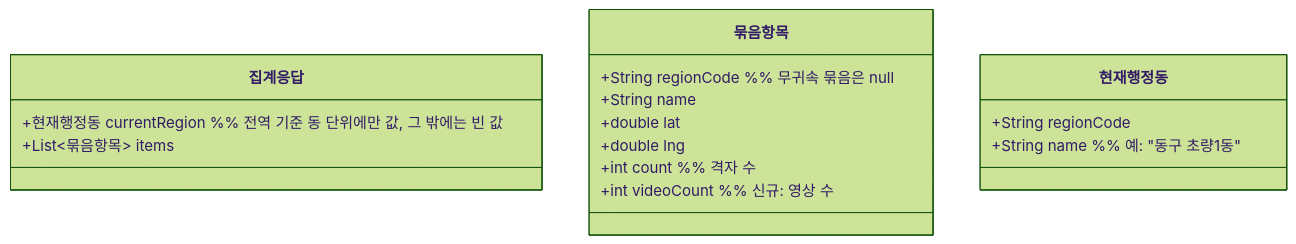
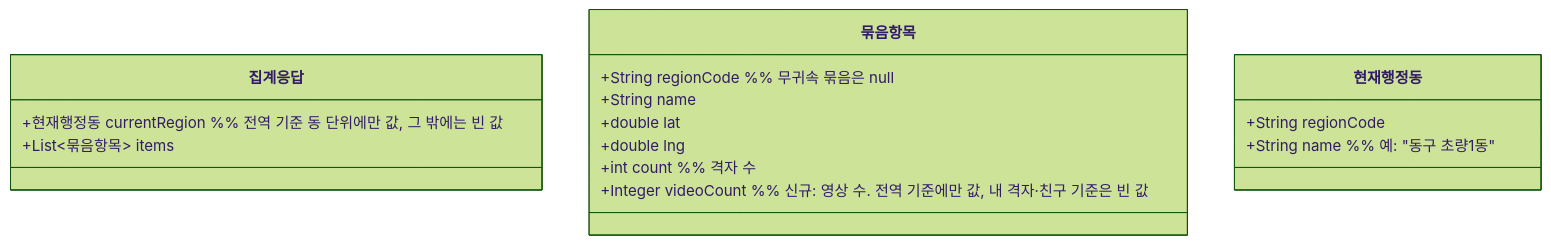
One commit to ASM-MSG/BE changed the second of 2 diagrams in docs/prd/MSG-374-prd.md. Above: the diagram before and after it, drawn with Mermaid (forest theme). The commit also changed other lines of this file, not shown here.

````diff
--- a/docs/prd/MSG-374-prd.md
+++ b/docs/prd/MSG-374-prd.md
@@ -82,19 +83,19 @@
 ```mermaid
 classDiagram
     class 집계응답 {
         +현재행정동 currentRegion  %% 전역 기준 동 단위에만 값, 그 밖에는 빈 값
         +List~묶음항목~ items
     }
     class 묶음항목 {
         +String regionCode  %% 무귀속 묶음은 null
         +String name
         +double lat
         +double lng
         +int count  %% 격자 수
-        +int videoCount  %% 신규: 영상 수
+        +Integer videoCount  %% 신규: 영상 수. 전역 기준에만 값, 내 격자·친구 기준은 빈 값
     }
     class 현재행정동 {
         +String regionCode
         +String name  %% 예: "동구 초량1동"
     }
 ```
````
